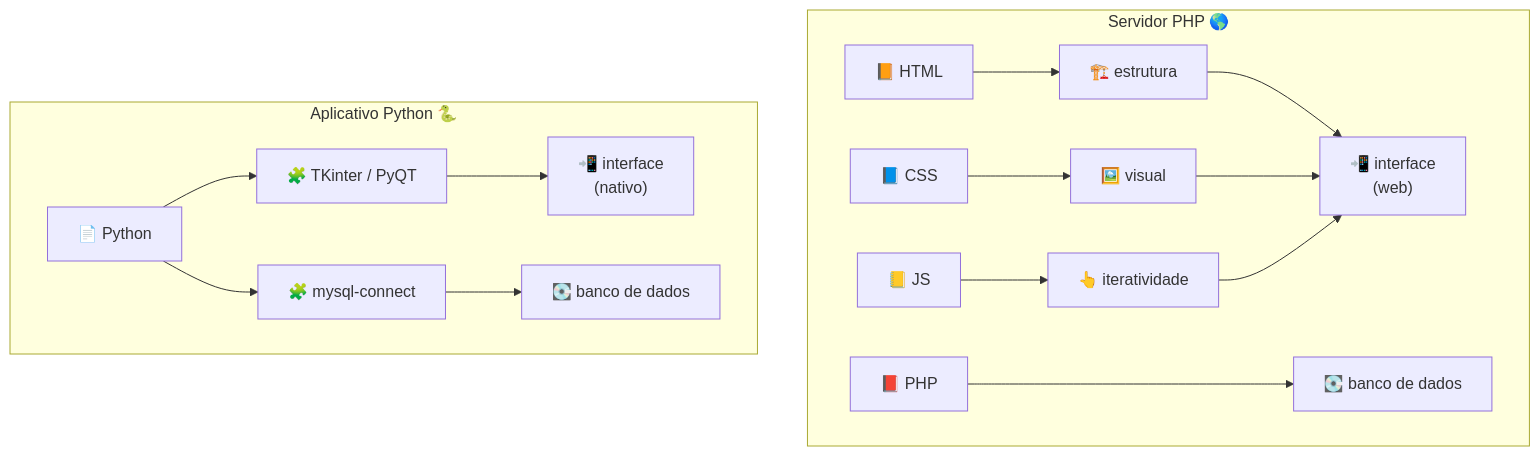
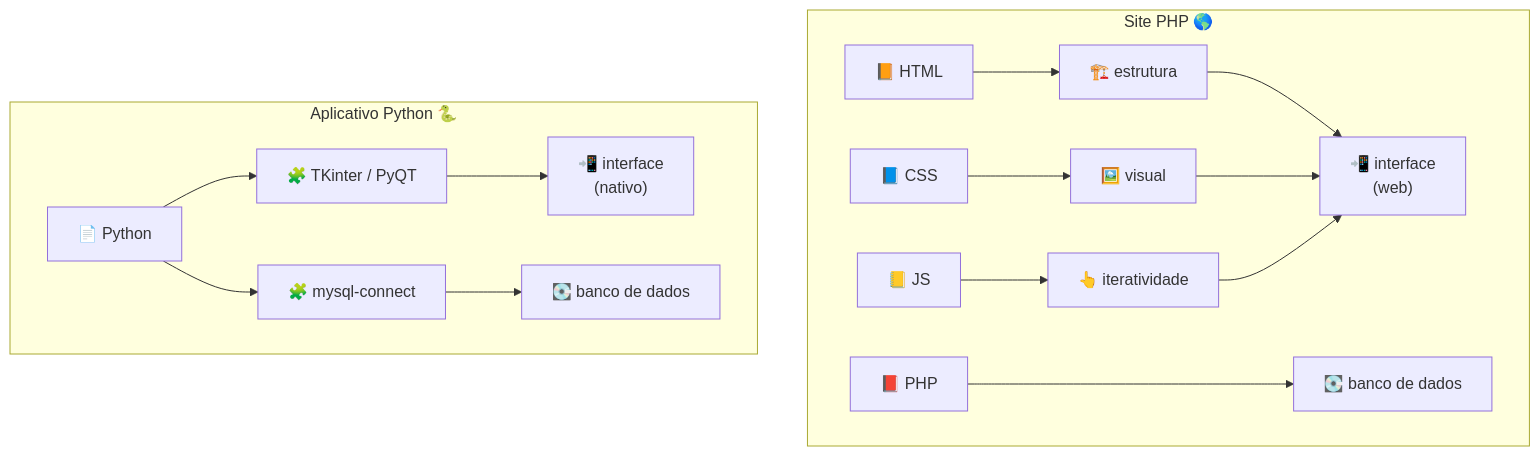
The second of 2 diagrams in python/tutorials/mysql-connector/readme.md (yxuo/learning), drawn with Mermaid before and after one commit.

Commit message:
fix misleading: 'Servidor PHP' to 'Site PHP'

````diff
--- a/python/tutorials/mysql-connector/readme.md
+++ b/python/tutorials/mysql-connector/readme.md
@@ -28,27 +28,27 @@
 ```mermaid
 flowchart
-subgraph Sphp["Servidor PHP 🌎"]
+subgraph Sphp["Site PHP 🌎"]
     php_ui["📲 interface<br>(web)"]
     html["📙 HTML"] --> php_est["🏗️ estrutura"]
     css["📘 CSS"] --> php_visual["🖼️ visual"]
     js["📒 JS"] --> php_itera["👆 iteratividade"]
     php_est --> php_ui
     php_visual --> php_ui
     php_itera --> php_ui
     php["📕 PHP"] ---> php_bd["💽 banco de dados"]
 end
 subgraph Spy["Aplicativo Python 🐍"]
     %%br[ ]
     py["📄 Python"]
     %%subgraph Smodulo["Biblioteca 🧩"]
         tk["🧩 TKinter / PyQT"]
         mysql_conn["🧩 mysql-connect"]
     %%end
     py --> tk
         tk --> py_ui["📲 interface<br>(nativo)"]
     py --> mysql_conn["🧩 mysql-connect"] --> py_bd["💽 banco de dados"]
 end
 
 %%style br fill:transparent, stroke:transparent
 %%style Smodulo stroke-dashArray: 5,5, stroke:gray
 ```
````
